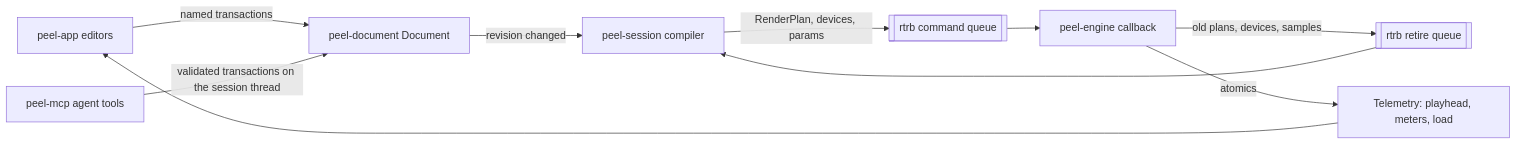
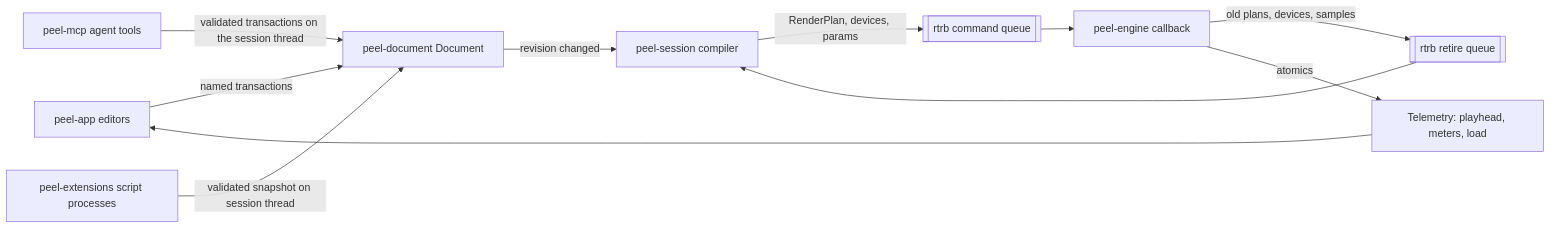
Before and after one commit to Vheissu/peel-studio: the diagram in docs/ARCHITECTURE.md, drawn with Mermaid. The commit also changed other lines of this file and 34 other files, not shown here.

````diff
--- a/docs/ARCHITECTURE.md
+++ b/docs/ARCHITECTURE.md
@@ -47,12 +48,13 @@
 ```mermaid
 flowchart LR
     UI["peel-app editors"] -->|"named transactions"| Doc["peel-document Document"]
     MCP["peel-mcp agent tools"] -->|"validated transactions on the session thread"| Doc
+    Scripts["peel-extensions script processes"] -->|"validated snapshot on session thread"| Doc
     Doc -->|"revision changed"| Session["peel-session compiler"]
     Session -->|"RenderPlan, devices, params"| Queue[["rtrb command queue"]]
     Queue --> Engine["peel-engine callback"]
     Engine -->|"old plans, devices, samples"| Retire[["rtrb retire queue"]]
     Retire --> Session
     Engine -->|"atomics"| Telemetry["Telemetry: playhead, meters, load"]
     Telemetry --> UI
 ```
````
